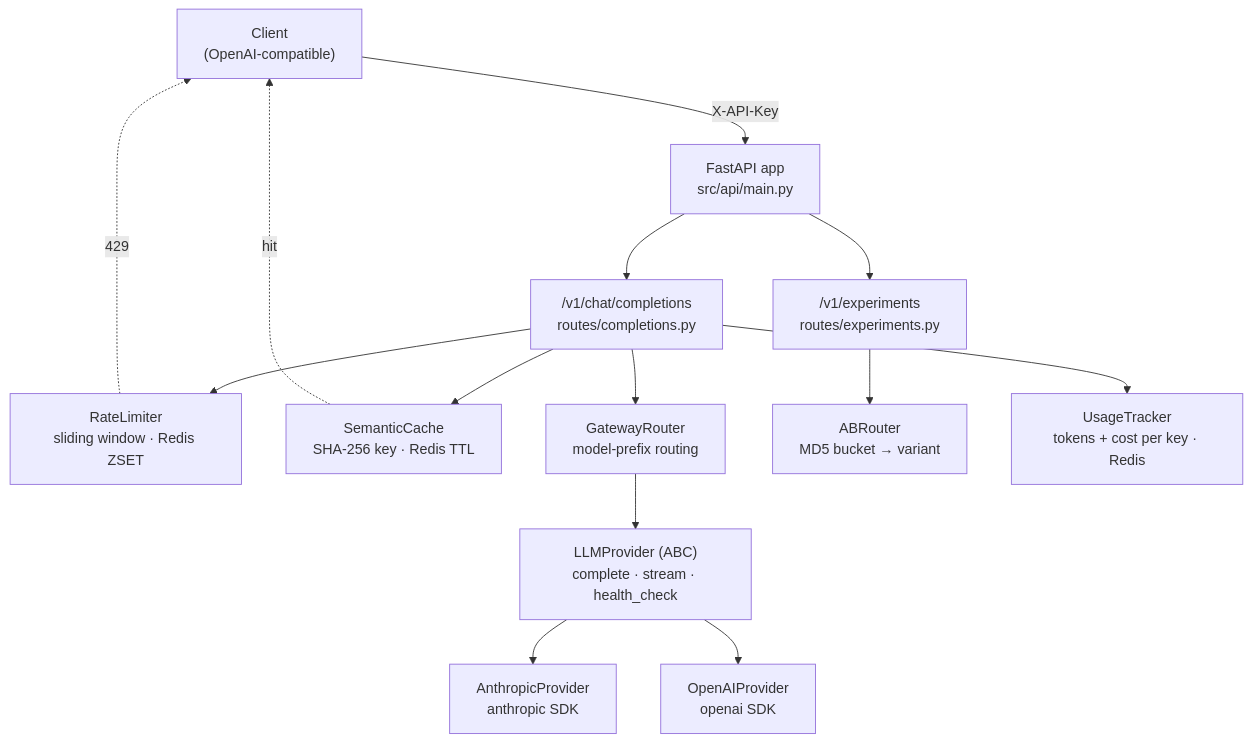
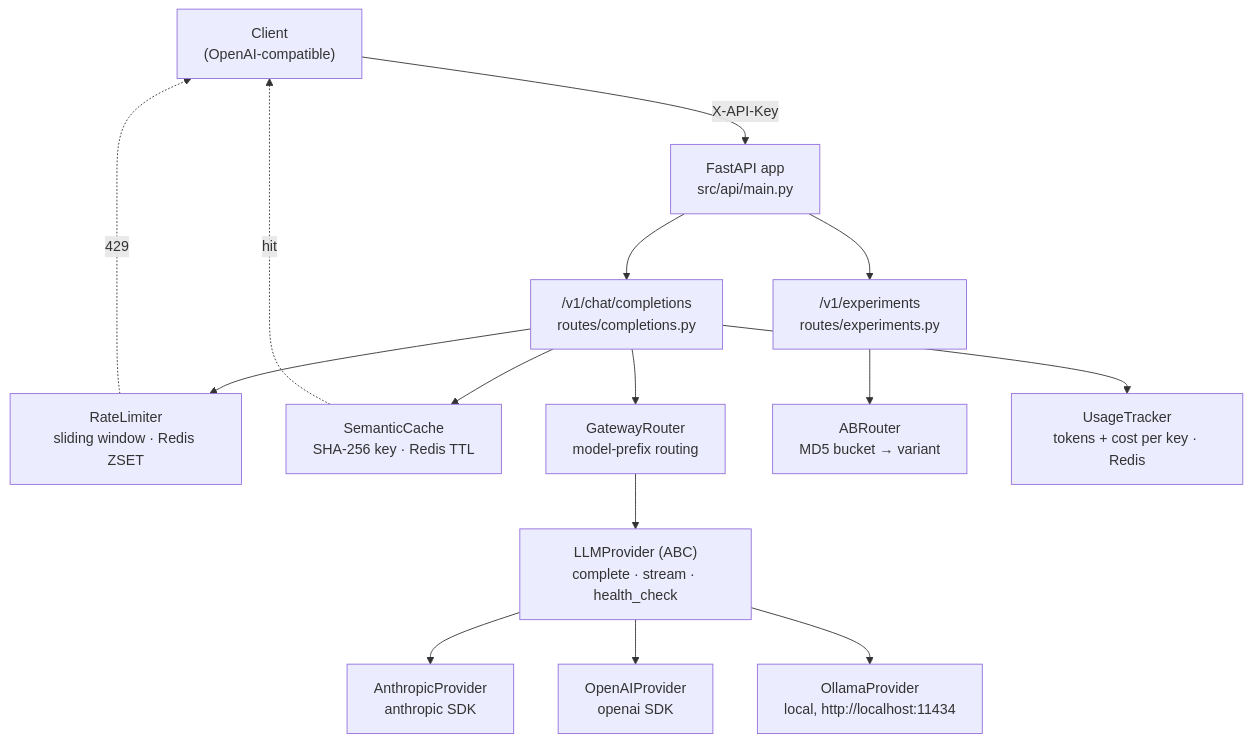
The diagram in README.md (shaikn6/llm-gateway), drawn with Mermaid before and after one commit. The commit also changed other lines of this file and 1 other file, not shown here.

First line of the commit message:
Document Ollama routing and a real interface inconsistency found while wiring it

````diff
--- a/README.md
+++ b/README.md
@@ -22,22 +22,23 @@
 ```mermaid
 flowchart TD
     Client["Client<br/>(OpenAI-compatible)"] -->|"X-API-Key"| API["FastAPI app<br/>src/api/main.py"]
 
     API --> Completions["/v1/chat/completions<br/>routes/completions.py"]
     API --> Experiments["/v1/experiments<br/>routes/experiments.py"]
 
     Completions --> RateLimit["RateLimiter<br/>sliding window · Redis ZSET"]
     Completions --> Cache["SemanticCache<br/>SHA-256 key · Redis TTL"]
     Completions --> Router["GatewayRouter<br/>model-prefix routing"]
 
     Experiments --> AB["ABRouter<br/>MD5 bucket → variant"]
 
     Router --> Base["LLMProvider (ABC)<br/>complete · stream · health_check"]
     Base --> Anthropic["AnthropicProvider<br/>anthropic SDK"]
     Base --> OpenAI["OpenAIProvider<br/>openai SDK"]
+    Base --> Ollama["OllamaProvider<br/>local, http://localhost:11434"]
 
     Completions --> Usage["UsageTracker<br/>tokens + cost per key · Redis"]
 
     Cache -. hit .-> Client
     RateLimit -. 429 .-> Client
 ```
````
